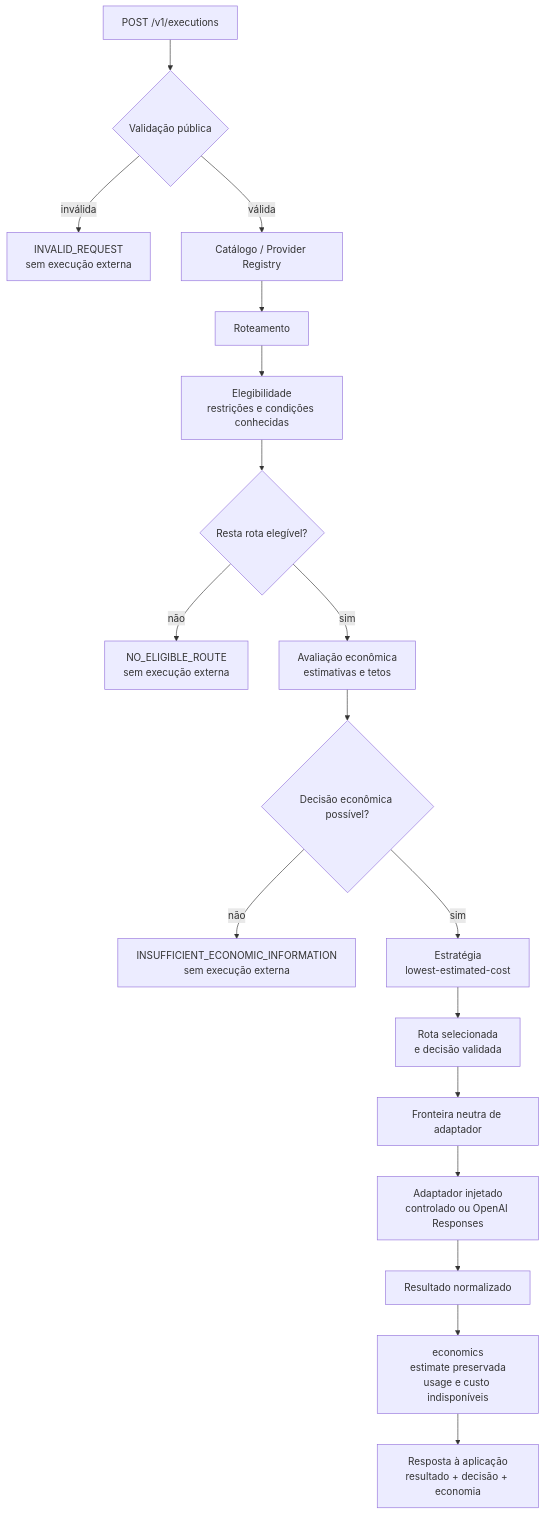
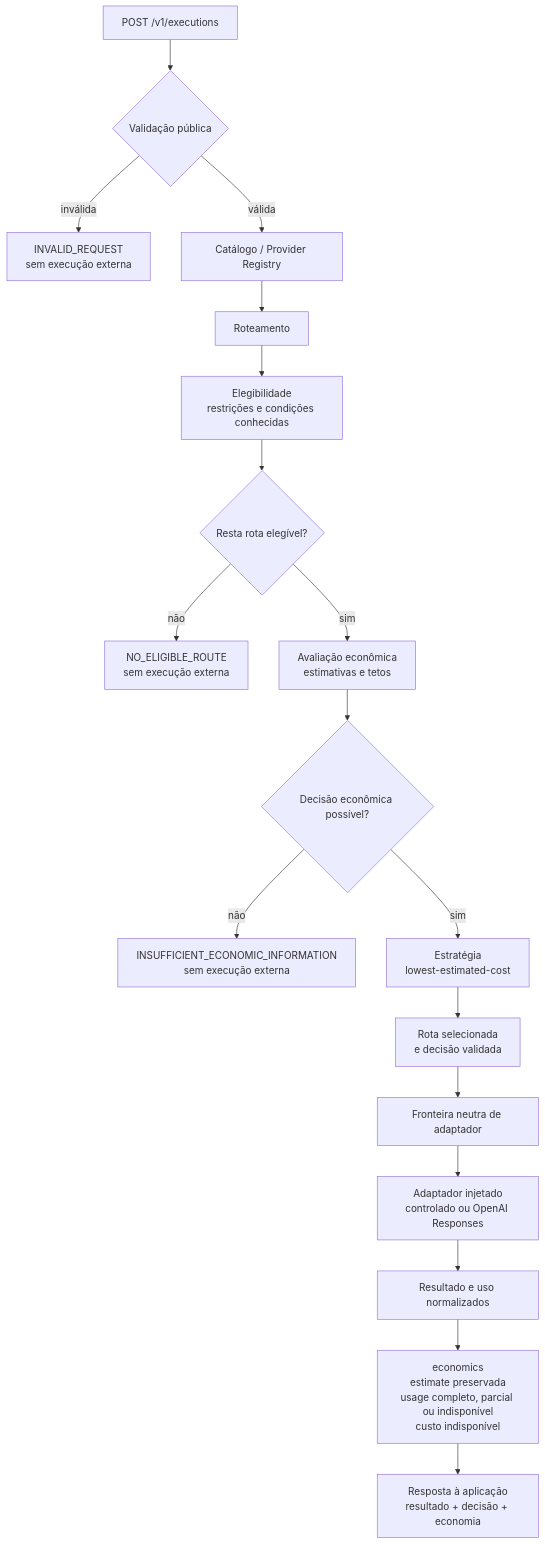
One commit to hallanbrito/maestro-router changed the diagram in docs/maps/SYSTEM-MAP.md. Above: the diagram before and after it, drawn with Mermaid. The commit also changed other lines of this file and 7 other files, not shown here.

````diff
--- a/docs/maps/SYSTEM-MAP.md
+++ b/docs/maps/SYSTEM-MAP.md
@@ -5,20 +5,20 @@
 ```mermaid
 flowchart TD
     A["POST /v1/executions"] --> B{"Validação pública"}
     B -->|inválida| X["INVALID_REQUEST<br/>sem execução externa"]
     B -->|válida| C["Catálogo / Provider Registry"]
     C --> D["Roteamento"]
     D --> E["Elegibilidade<br/>restrições e condições conhecidas"]
     E --> F{"Resta rota elegível?"}
     F -->|não| R1["NO_ELIGIBLE_ROUTE<br/>sem execução externa"]
     F -->|sim| G["Avaliação econômica<br/>estimativas e tetos"]
     G --> H{"Decisão econômica possível?"}
     H -->|não| R2["INSUFFICIENT_ECONOMIC_INFORMATION<br/>sem execução externa"]
     H -->|sim| I["Estratégia<br/>lowest-estimated-cost"]
     I --> J["Rota selecionada<br/>e decisão validada"]
     J --> K["Fronteira neutra de adaptador"]
     K --> L["Adaptador injetado<br/>controlado ou OpenAI Responses"]
-    L --> M["Resultado normalizado"]
-    M --> N["economics<br/>estimate preservada<br/>usage e custo indisponíveis"]
+    L --> M["Resultado e uso normalizados"]
+    M --> N["economics<br/>estimate preservada<br/>usage completo, parcial ou indisponível<br/>custo indisponível"]
     N --> O["Resposta à aplicação<br/>resultado + decisão + economia"]
 ```
````
